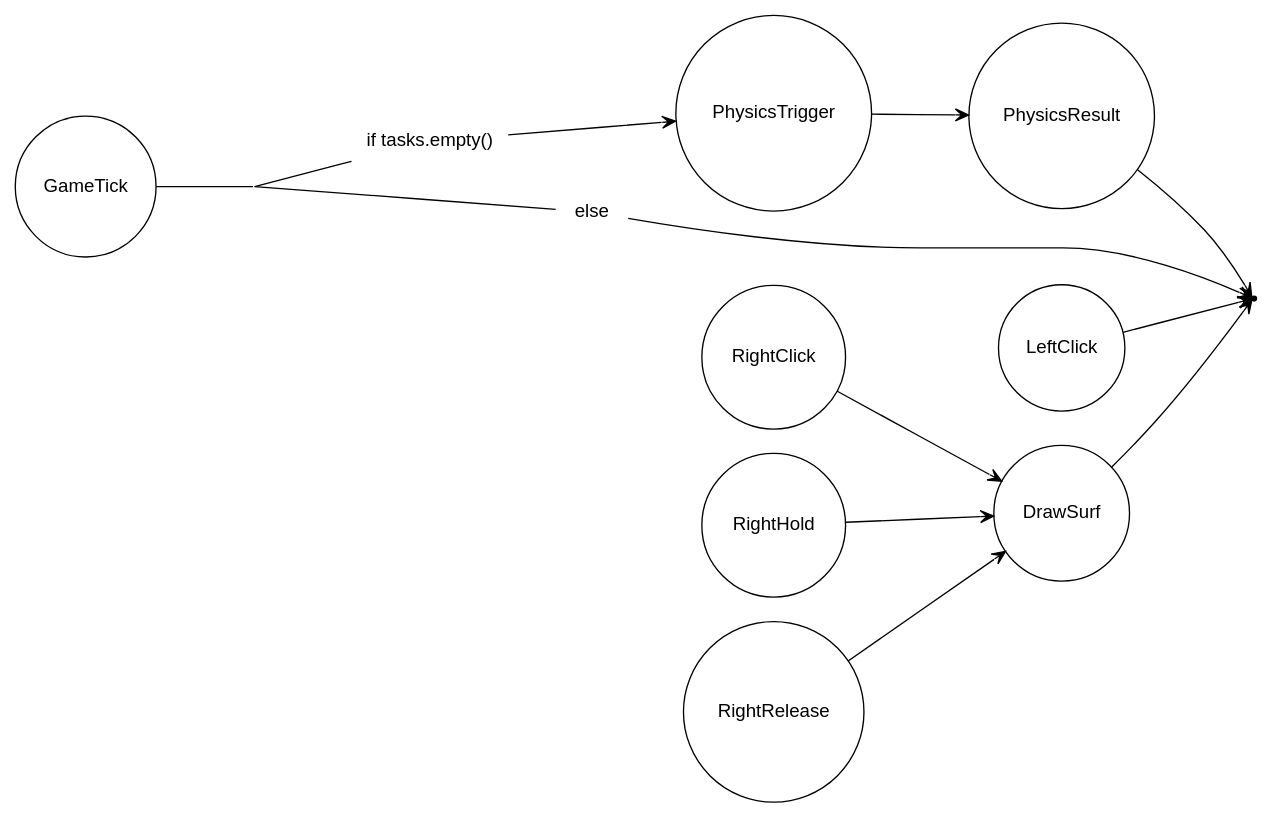
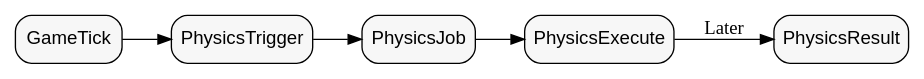
One commit to Pancakey8/blog changed the third of 5 diagrams in posts/Games-as-Graphs.org. Above: the diagram before and after it, drawn with Graphviz. The commit also changed other lines of this file, not shown here.

```diff
--- a/posts/Games-as-Graphs.org
+++ b/posts/Games-as-Graphs.org
@@ -191,32 +271,18 @@
-#+begin_src dot :file games-as-graphs-fsm-2.svg :exports results
+#+BEGIN_SRC dot :file games-as-graphs-sequence.svg :exports results
   digraph G {
-  	rankdir=LR;
-  	edge [arrowhead=vee, minlen=2];
+      rankdir=LR;
+      fontname="Arial";
+      nodesep=0.8;
 
-  	X [shape=point];
-  	
-  	node [fontname="sans-serif", shape=rectangle, penwidth=0];
-  	triggerCond[label="if tasks.empty()"];
-  	triggerElse[label="else"];
-  	triggerBranch[label="", width=0];
+      node [shape=circle, style="rounded,filled", width=0.6, fixedsize=true, fillcolor="#e1f5fe", fontname="Arial"];
 
-  	node [shape=circle, penwidth=1.0];
-  	GameTick -> triggerBranch [arrowhead=none];
-  	triggerBranch -> triggerCond [arrowhead=none]
-  	triggerCond -> PhysicsTrigger;
+      node [shape=box, fillcolor="#f7f7f7", width=default, fixedsize=false];
 
-  	triggerBranch -> triggerElse [arrowhead=none];
-  	triggerElse -> X;
+      GameTick -> PhysicsTrigger;
+      PhysicsTrigger -> PhysicsJob;
 
-  	PhysicsTrigger -> PhysicsResult;
+      PhysicsJob -> PhysicsExecute;
 
-  	PhysicsResult -> X;
-
-  	LeftClick -> X;
-
-  	RightClick -> DrawSurf;
-  	RightHold -> DrawSurf;
-  	RightRelease -> DrawSurf;
-  	DrawSurf -> X;
+      PhysicsExecute -> PhysicsResult [label="Later"];
   }
-#+end_src
+#+END_SRC
```
